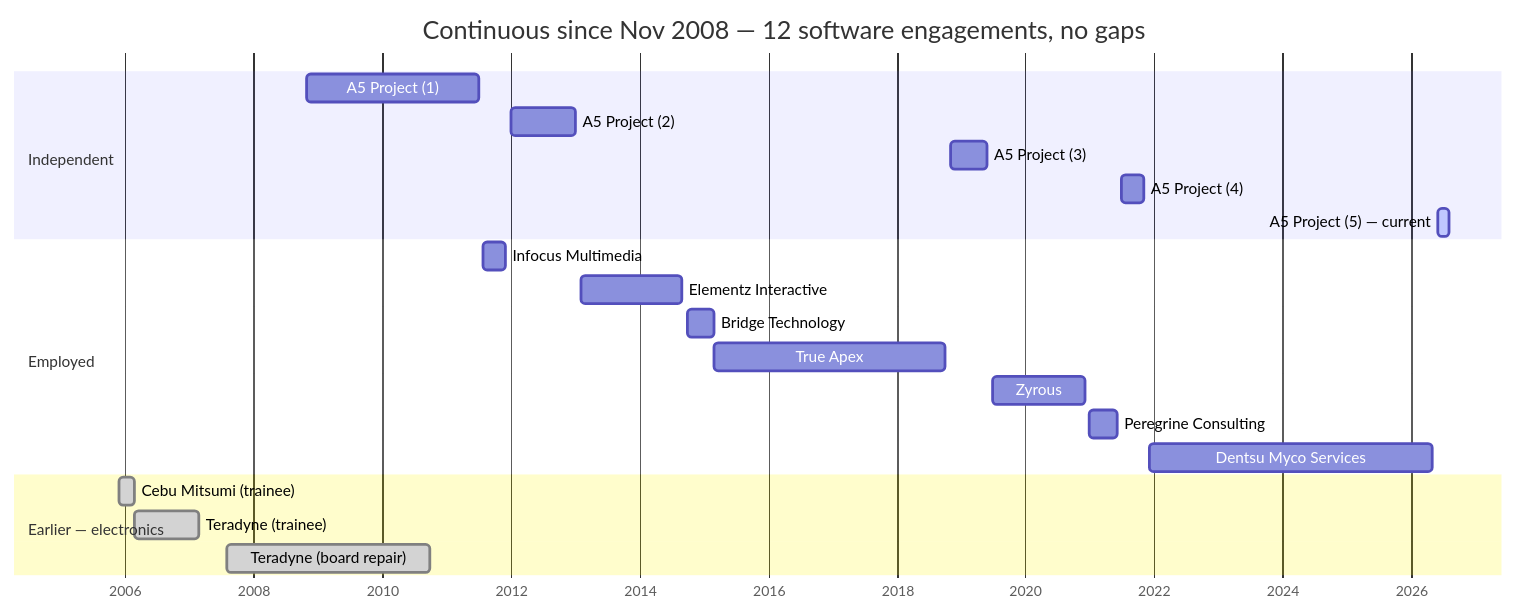
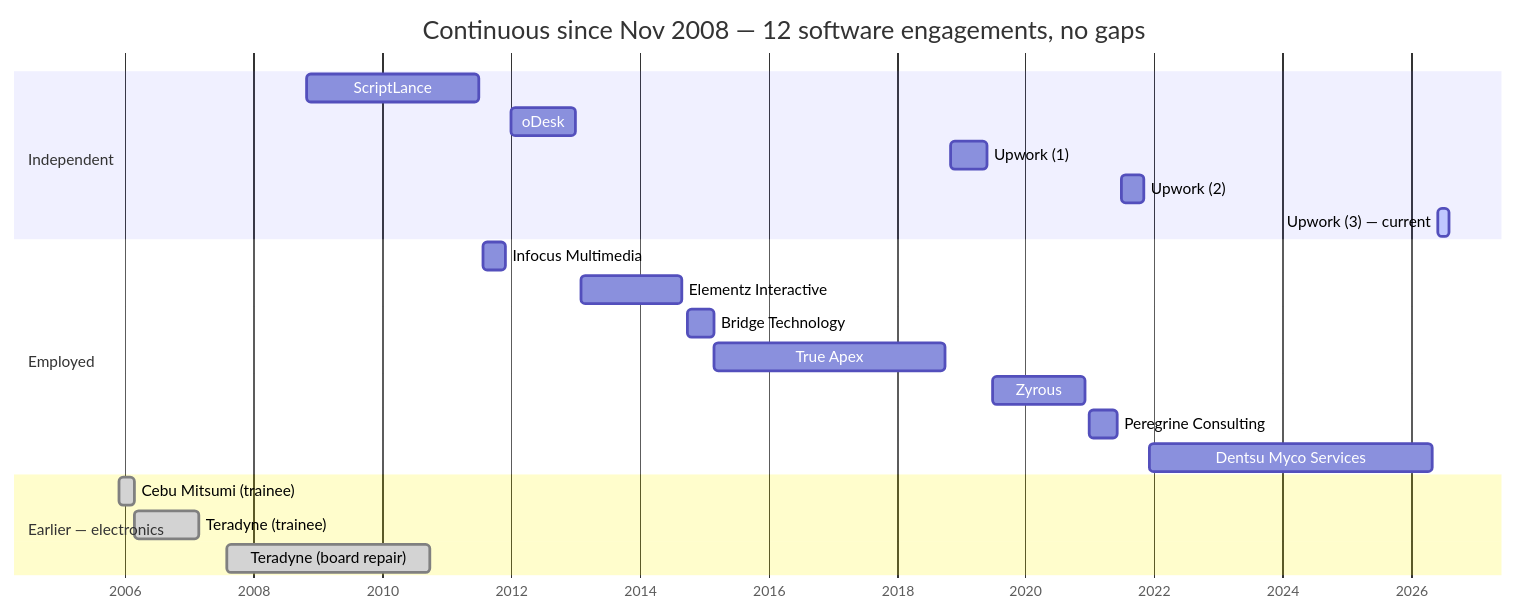
Before and after one commit to dasigr/dasigr: the seventh of 11 diagrams in context/project-overview.md, drawn with Mermaid. The commit also changed other lines of this file and 5 other files, not shown here.

````diff
--- a/context/project-overview.md
+++ b/context/project-overview.md
@@ -481,27 +485,27 @@
 ```mermaid
 gantt
     title Continuous since Nov 2008 — 12 software engagements, no gaps
     dateFormat  YYYY-MM
     axisFormat  %Y
 
     section Independent
-    A5 Project (1)           :a1, 2008-11, 2011-07
-    A5 Project (2)           :a2, 2012-01, 2013-01
-    A5 Project (3)           :a3, 2018-11, 2019-06
-    A5 Project (4)           :a4, 2021-07, 2021-11
-    A5 Project (5) — current :active, a5, 2026-06, 2026-08
+    ScriptLance              :a1, 2008-11, 2011-07
+    oDesk                    :a2, 2012-01, 2013-01
+    Upwork (1)               :a3, 2018-11, 2019-06
+    Upwork (2)               :a4, 2021-07, 2021-11
+    Upwork (3) — current     :active, a5, 2026-06, 2026-08
 
     section Employed
     Infocus Multimedia       :e1, 2011-08, 2011-12
     Elementz Interactive     :e2, 2013-02, 2014-09
     Bridge Technology        :e3, 2014-10, 2015-03
     True Apex                :e4, 2015-03, 2018-10
     Zyrous                   :e5, 2019-07, 2020-12
     Peregrine Consulting     :e6, 2021-01, 2021-06
     Dentsu Myco Services     :e7, 2021-12, 2026-05
 
     section Earlier — electronics
     Cebu Mitsumi (trainee)   :done, x1, 2005-12, 2006-03
     Teradyne (trainee)       :done, x2, 2006-03, 2007-03
     Teradyne (board repair)  :done, x3, 2007-08, 2010-10
 ```
````
